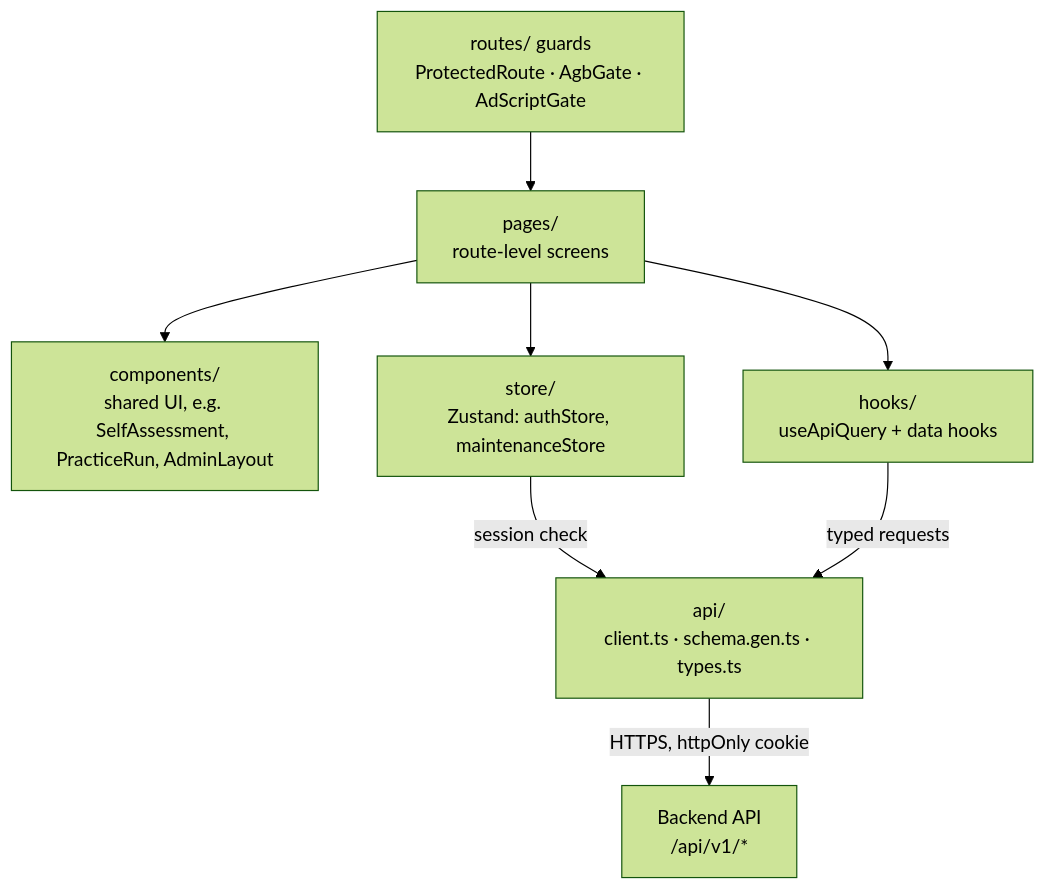
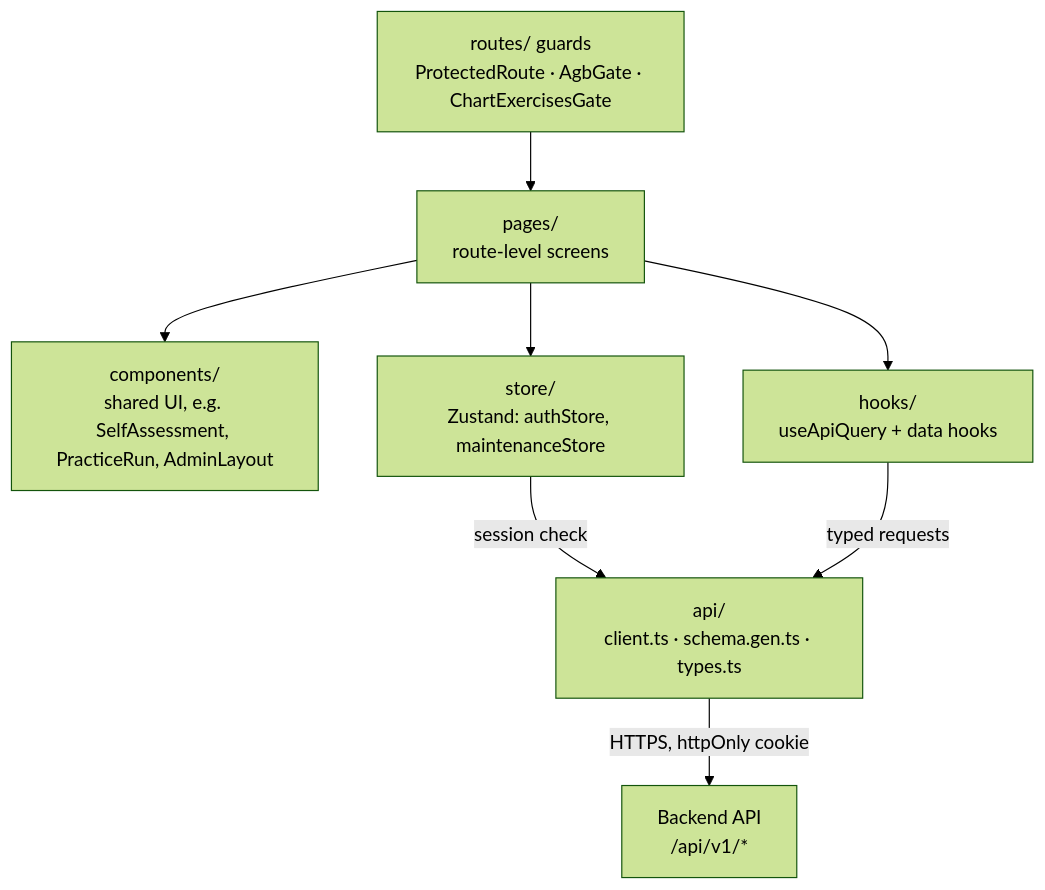
Before and after one commit to berndloeffeld/sks-lotse: the third of 3 diagrams in docs/ARCHITECTURE.md, drawn with Mermaid (forest theme). The commit also changed other lines of this file and 70 other files, not shown here.

````diff
--- a/docs/ARCHITECTURE.md
+++ b/docs/ARCHITECTURE.md
@@ -108,18 +106,18 @@
 ```mermaid
 graph TD
-    Guards["routes/ guards<br/>ProtectedRoute · AgbGate · AdScriptGate"]
+    Guards["routes/ guards<br/>ProtectedRoute · AgbGate · ChartExercisesGate"]
     Pages["pages/<br/>route-level screens"]
     Components["components/<br/>shared UI, e.g. SelfAssessment, PracticeRun, AdminLayout"]
     Store["store/<br/>Zustand: authStore, maintenanceStore"]
     Hooks["hooks/<br/>useApiQuery + data hooks"]
     Api["api/<br/>client.ts · schema.gen.ts · types.ts"]
     Backend["Backend API<br/>/api/v1/*"]
 
     Guards --> Pages
     Pages --> Components
     Pages --> Store
     Pages --> Hooks
     Store -- "session check" --> Api
     Hooks -- "typed requests" --> Api
     Api -- "HTTPS, httpOnly cookie" --> Backend
 ```
````
